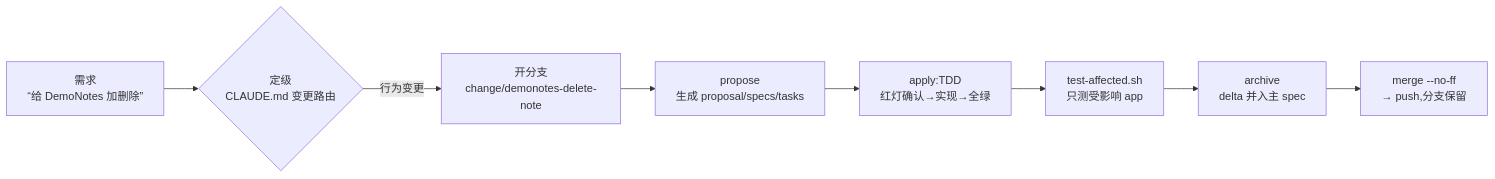
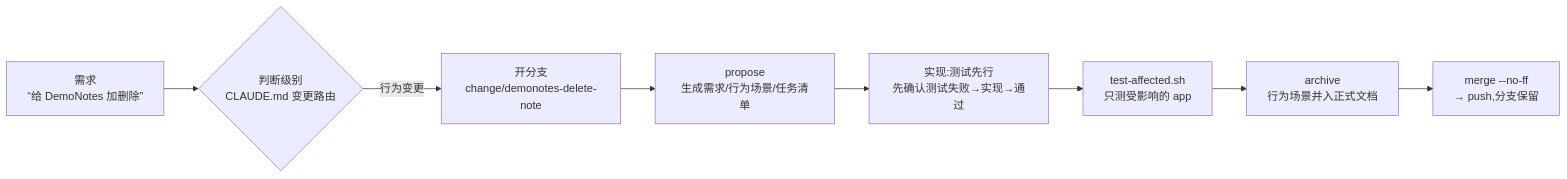
The diagram in docs/onboarding.md (zd616nqs/apple-studio), drawn with Mermaid before and after one commit. The commit also changed other lines of this file and 12 other files, not shown here.

````diff
--- a/docs/onboarding.md
+++ b/docs/onboarding.md
@@ -59,10 +61,10 @@
 ```mermaid
 flowchart LR
-    A[需求<br>“给 DemoNotes 加删除”] --> B{定级<br>CLAUDE.md 变更路由}
+    A[需求<br>“给 DemoNotes 加删除”] --> B{判断级别<br>CLAUDE.md 变更路由}
     B -->|行为变更| C[开分支<br>change/demonotes-delete-note]
-    C --> D[propose<br>生成 proposal/specs/tasks]
-    D --> E[apply:TDD<br>红灯确认→实现→全绿]
-    E --> F[test-affected.sh<br>只测受影响 app]
-    F --> G[archive<br>delta 并入主 spec]
+    C --> D[propose<br>生成需求/行为场景/任务清单]
+    D --> E[实现:测试先行<br>先确认测试失败→实现→通过]
+    E --> F[test-affected.sh<br>只测受影响的 app]
+    F --> G[archive<br>行为场景并入正式文档]
     G --> H[merge --no-ff<br>→ push,分支保留]
 ```
````
